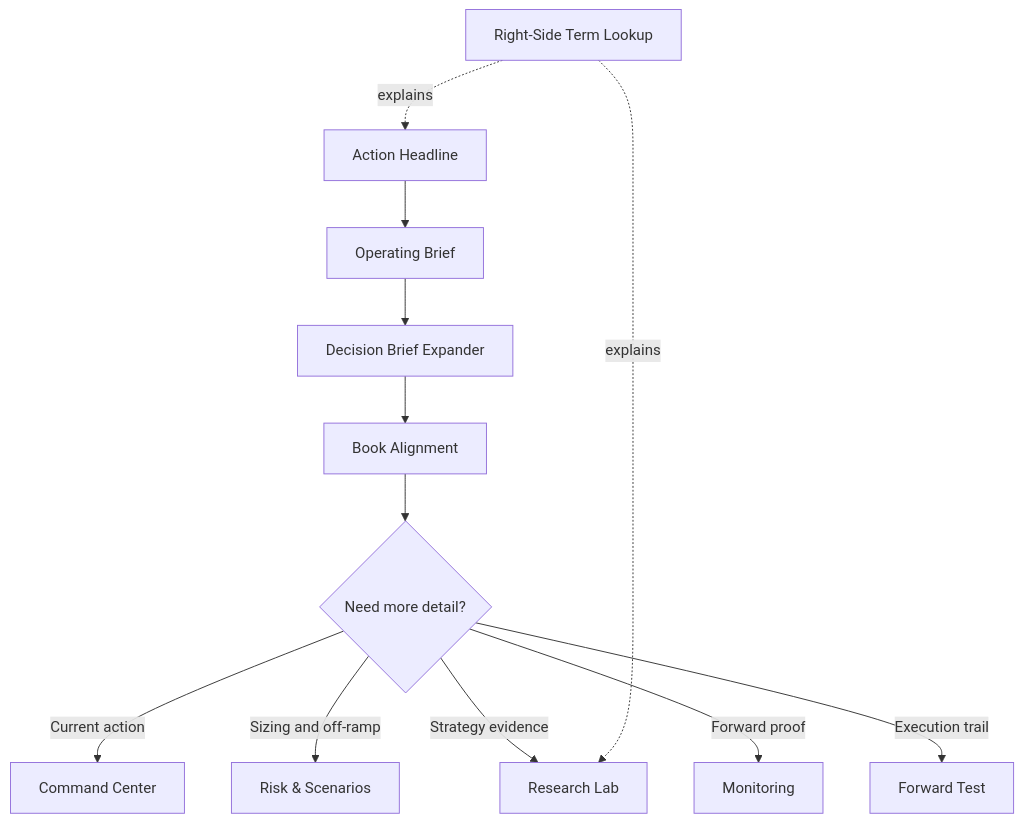
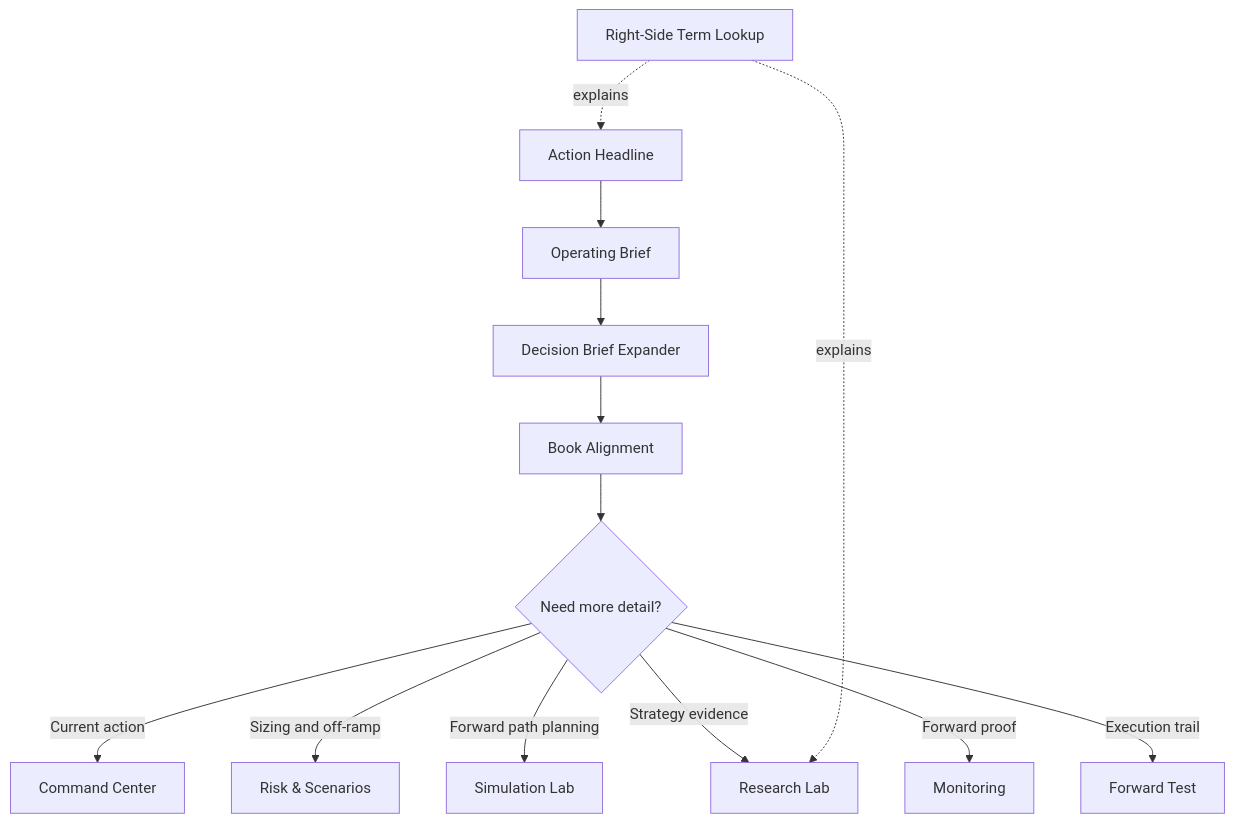
One commit to Jbultema/trade-bot changed the second of 2 diagrams in README.md. Above: the diagram before and after it, drawn with Mermaid. The commit also changed other lines of this file and 17 other files, not shown here.

````diff
--- a/README.md
+++ b/README.md
@@ -179,14 +179,15 @@
 ```mermaid
 flowchart TD
     A[Action Headline] --> B[Operating Brief]
     B --> C[Decision Brief Expander]
     C --> D[Book Alignment]
     D --> E{Need more detail?}
     E -->|Current action| F[Command Center]
     E -->|Sizing and off-ramp| G[Risk & Scenarios]
+    E -->|Forward path planning| L[Simulation Lab]
     E -->|Strategy evidence| H[Research Lab]
     E -->|Forward proof| I[Monitoring]
     E -->|Execution trail| J[Forward Test]
     K[Right-Side Term Lookup] -. explains .-> A
     K -. explains .-> H
 ```
````
